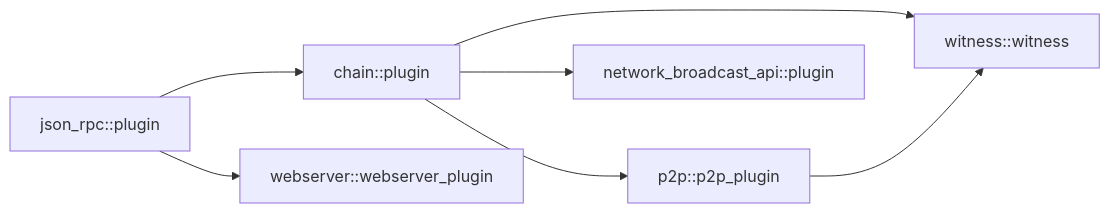
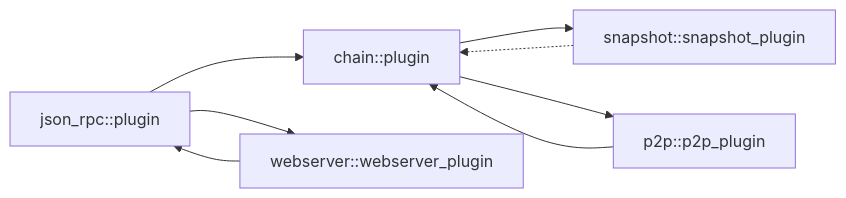
Before and after one commit to VIZ-Blockchain/viz-cpp-node: the third of 6 diagrams in .qoder/repowiki/en/content/Architecture Overview/Plugin Architecture/Plugin Lifecycle and Registration.md, drawn with Mermaid. The commit also changed other lines of this file and 4 other files, not shown here.

First line of the commit message:
docs(snapshot_plugin): enhance plugin lifecycle and coordination with chain plugin

````diff
--- a/.qoder/repowiki/en/content/Architecture Overview/Plugin Architecture/Plugin Lifecycle and Registration.md
+++ b/.qoder/repowiki/en/content/Architecture Overview/Plugin Architecture/Plugin Lifecycle and Registration.md
@@ -218,9 +264,10 @@
 ```mermaid
 graph LR
 JSON["json_rpc::plugin"] --> CHAIN["chain::plugin"]
+CHAIN --> SNAPSHOT["snapshot::snapshot_plugin"]
 CHAIN --> P2P["p2p::p2p_plugin"]
 JSON --> WS["webserver::webserver_plugin"]
-CHAIN --> NB["network_broadcast_api::plugin"]
-CHAIN --> WIT["witness::witness"]
-P2P --> WIT
+SNAPSHOT -.-> CHAIN
+P2P --> CHAIN
+WS --> JSON
 ```
````
